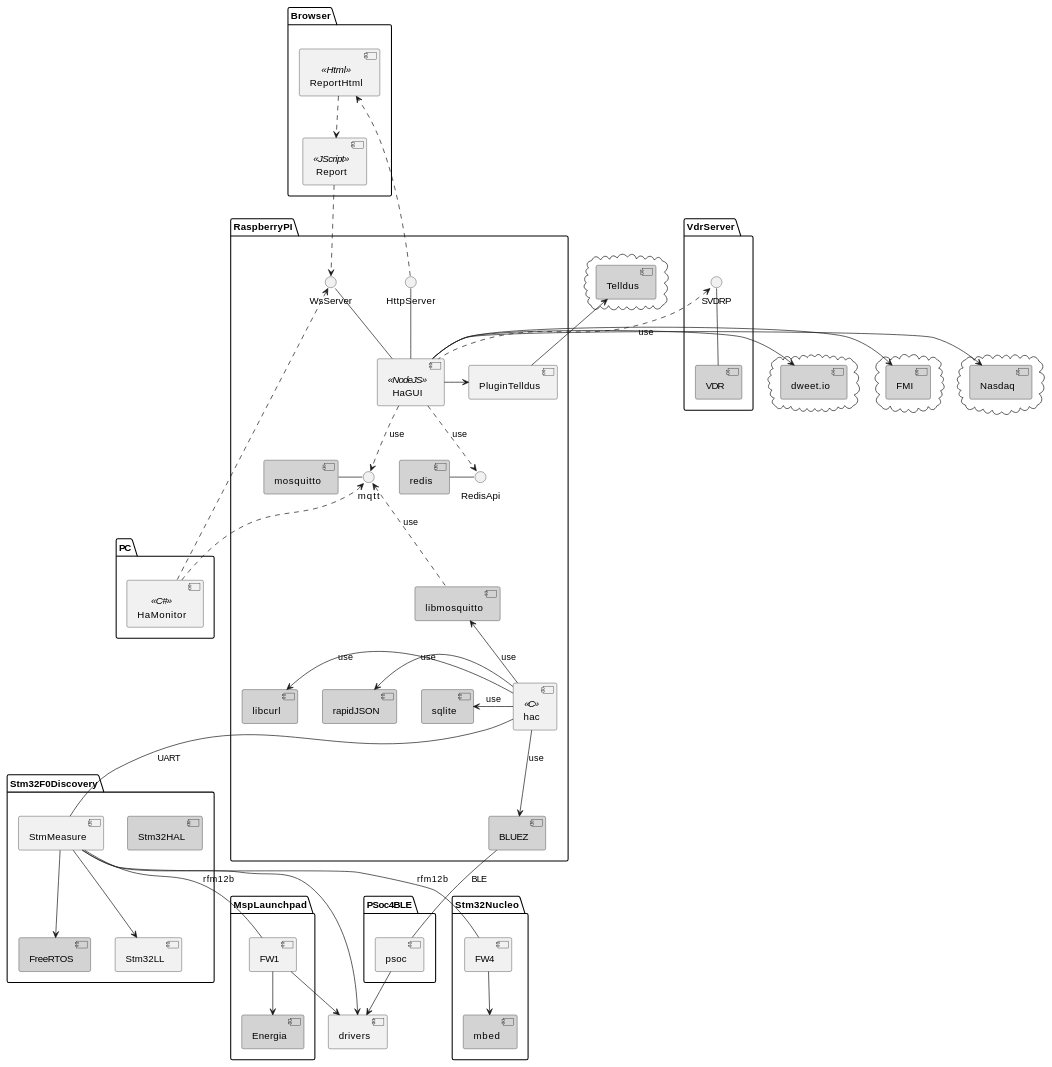
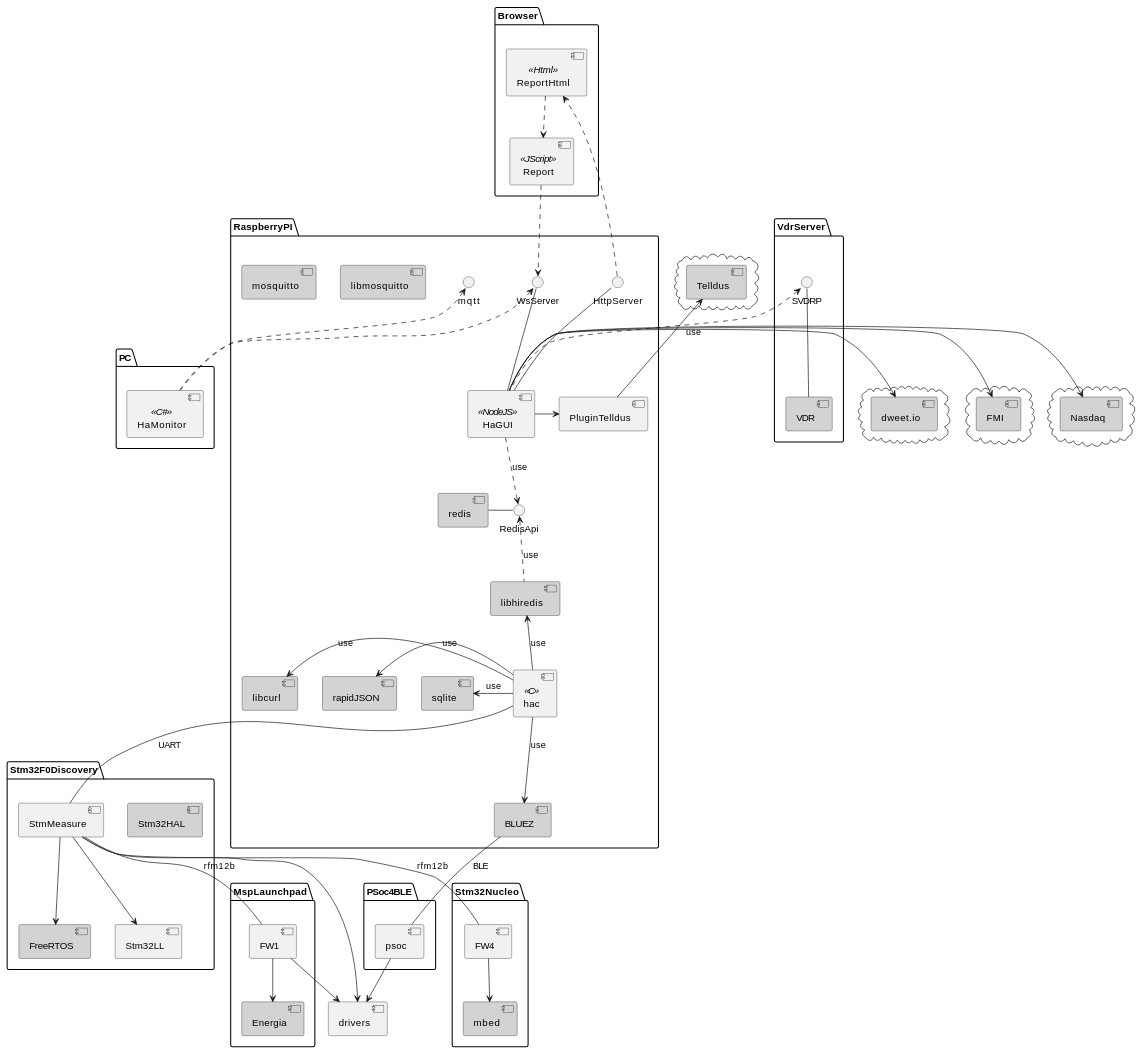
The first of 3 diagrams in github.org (ojari/ojari.github.io), drawn with PlantUML before and after one commit. The commit also changed 1 other file, not shown here.

Commit message:
simpler architecture

```diff
--- a/github.org
+++ b/github.org
@@ -45,6 +45,7 @@
 
    component [BLUEZ] #LightGrey
    component [libmosquitto] #LightGrey
+   component [libhiredis] #LightGrey
    component [mosquitto] #LightGrey
    component [redis] #LightGrey
    component [sqlite] #LightGrey
@@ -53,16 +54,14 @@
    component [PluginTelldus]
 
    [Report] .down.> WsServer
-   [HaGUI] .down.> mqtt : use
    [HaGUI] .down.> RedisApi : use
-   [libmosquitto] .up.> mqtt : use
+   [libhiredis] .up.> RedisApi : use
 
-   [mosquitto] -right- mqtt
    [redis] -right- RedisApi
 
    HttpServer -down- [HaGUI]
    WsServer -down- [HaGUI]
-   [hac] -up-> [libmosquitto] : use
+   [hac] -up-> [libhiredis] : use
    [hac] -down-> [BLUEZ] : use
    [hac] -left-> [rapidJSON] : use
    [hac] -left-> [libcurl] : use
```
